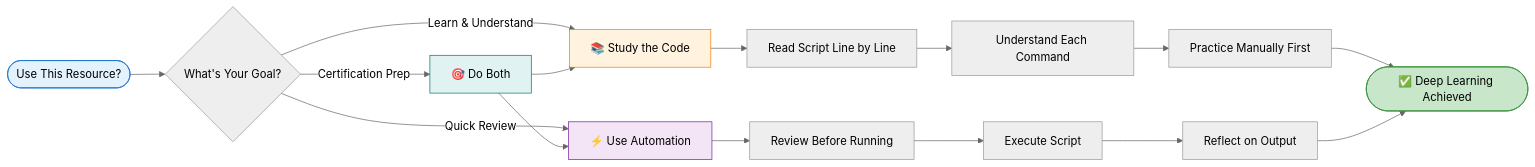
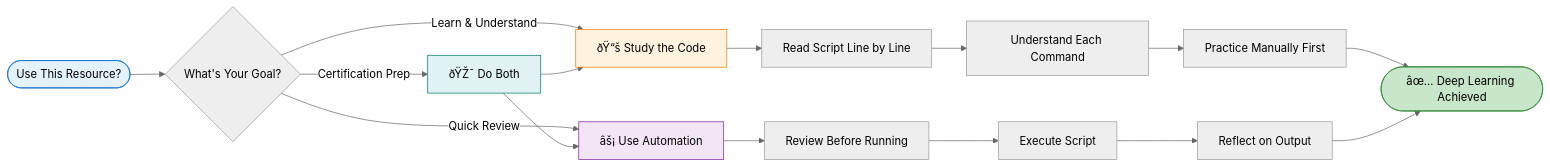
One commit to eccentriccoder01/Google-Arcade-Labs-EduLinkUp changed the second of 3 diagrams in API Gateway- Qwik Start/EduLinkUp.md. Above: the diagram before and after it, drawn with Mermaid (neutral theme). The commit also changed other lines of this file and 274 other files, not shown here.

````diff
--- a/API Gateway- Qwik Start/EduLinkUp.md
+++ b/API Gateway- Qwik Start/EduLinkUp.md
@@ -71,27 +71,27 @@
 ```mermaid
 graph LR
     Start([Use This Resource?]) --> Question{What's Your Goal?}
-    Question -->|Learn & Understand| Manual[📚 Study the Code]
-    Question -->|Quick Review| Auto[⚡ Use Automation]
-    Question -->|Certification Prep| Both[🎯 Do Both]
+    Question -->|Learn & Understand| Manual[ðŸ“š Study the Code]
+    Question -->|Quick Review| Auto[âš¡ Use Automation]
+    Question -->|Certification Prep| Both[ðŸŽ¯ Do Both]
     
     Manual --> Read[Read Script Line by Line]
     Read --> Understand[Understand Each Command]
     Understand --> Practice[Practice Manually First]
     
     Auto --> Review[Review Before Running]
     Review --> Execute[Execute Script]
     Execute --> Reflect[Reflect on Output]
     
     Both --> Manual
     Both --> Auto
     
-    Practice --> Success([✅ Deep Learning Achieved])
+    Practice --> Success([âœ… Deep Learning Achieved])
     Reflect --> Success
     
     style Start fill:#E3F2FD,stroke:#1976D2,color:#000
     style Success fill:#C8E6C9,stroke:#388E3C,color:#000
     style Manual fill:#FFF3E0,stroke:#F57C00,color:#000
     style Auto fill:#F3E5F5,stroke:#7B1FA2,color:#000
     style Both fill:#E0F2F1,stroke:#00796B,color:#000
 ```
````
